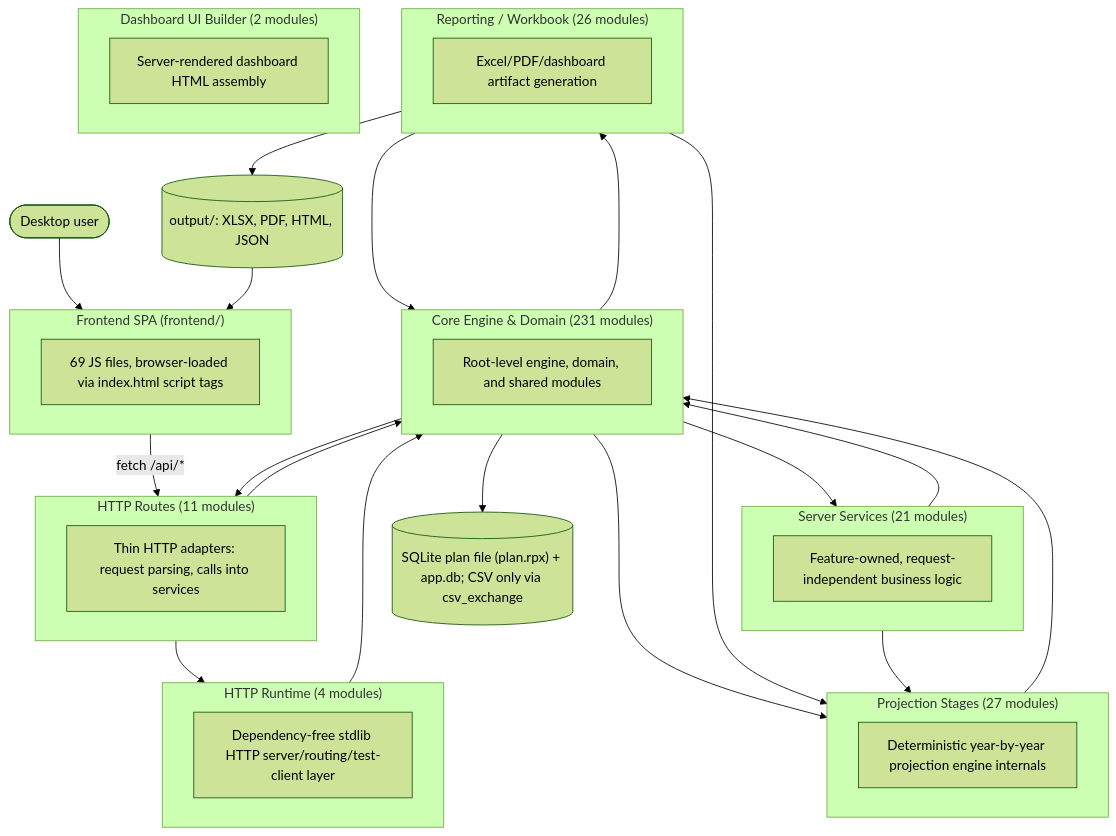
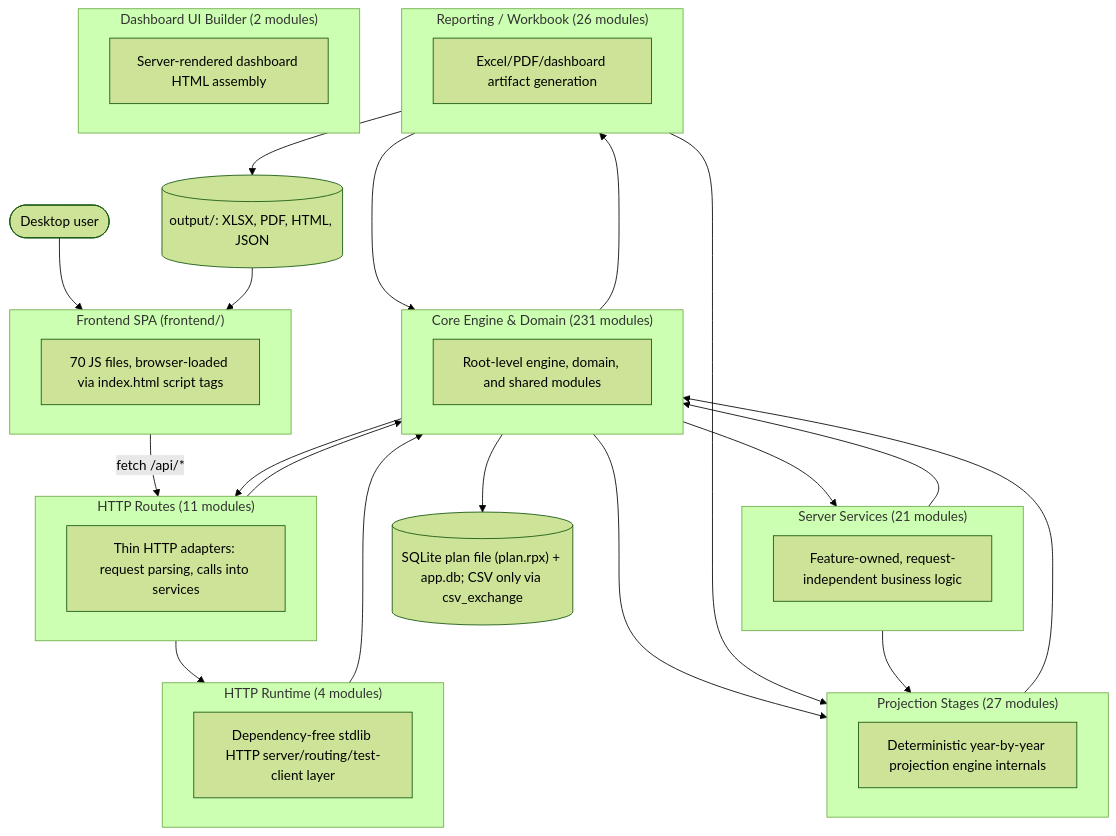
The first of 2 diagrams in documentation/reference/SYSTEM_ARCHITECTURE_DIAGRAM.md (matthartzman/retirement_system), drawn with Mermaid (forest theme) before and after one commit. The commit also changed other lines of this file and 6 other files, not shown here.

````diff
--- a/documentation/reference/SYSTEM_ARCHITECTURE_DIAGRAM.md
+++ b/documentation/reference/SYSTEM_ARCHITECTURE_DIAGRAM.md
@@ -11,44 +11,44 @@
 ```mermaid
 flowchart TB
     User(["Desktop user"]) --> FE
     subgraph FE["Frontend SPA (frontend/)"]
-        FEcount["69 JS files, browser-loaded via index.html script tags"]
+        FEcount["70 JS files, browser-loaded via index.html script tags"]
     end
     FE -->|fetch /api/*| L_HTTP_Routes
     subgraph L_HTTP_Routes["HTTP Routes (11 modules)"]
         L_HTTP_Routes_d["Thin HTTP adapters: request parsing, calls into services"]
     end
     subgraph L_Server_Services["Server Services (21 modules)"]
         L_Server_Services_d["Feature-owned, request-independent business logic"]
     end
     subgraph L_HTTP_Runtime["HTTP Runtime (4 modules)"]
         L_HTTP_Runtime_d["Dependency-free stdlib HTTP server/routing/test-client layer"]
     end
     subgraph L_Core_Engine___Domain["Core Engine & Domain (231 modules)"]
         L_Core_Engine___Domain_d["Root-level engine, domain, and shared modules"]
     end
     subgraph L_Projection_Stages["Projection Stages (27 modules)"]
         L_Projection_Stages_d["Deterministic year-by-year projection engine internals"]
     end
     subgraph L_Reporting___Workbook["Reporting / Workbook (26 modules)"]
         L_Reporting___Workbook_d["Excel/PDF/dashboard artifact generation"]
     end
     subgraph L_Dashboard_UI_Builder["Dashboard UI Builder (2 modules)"]
         L_Dashboard_UI_Builder_d["Server-rendered dashboard HTML assembly"]
     end
     L_Core_Engine___Domain --> L_HTTP_Routes
     L_Core_Engine___Domain --> L_Projection_Stages
     L_Core_Engine___Domain --> L_Reporting___Workbook
     L_Core_Engine___Domain --> L_Server_Services
     L_HTTP_Routes --> L_Core_Engine___Domain
     L_HTTP_Routes --> L_HTTP_Runtime
     L_HTTP_Runtime --> L_Core_Engine___Domain
     L_Projection_Stages --> L_Core_Engine___Domain
     L_Reporting___Workbook --> L_Core_Engine___Domain
     L_Reporting___Workbook --> L_Projection_Stages
     L_Server_Services --> L_Core_Engine___Domain
     L_Server_Services --> L_Projection_Stages
     L_Core_Engine___Domain --> DB[("SQLite plan file (plan.rpx) + app.db; CSV only via csv_exchange")]
     L_Reporting___Workbook --> Outputs[("output/: XLSX, PDF, HTML, JSON")]
     Outputs --> FE
 ```
````
